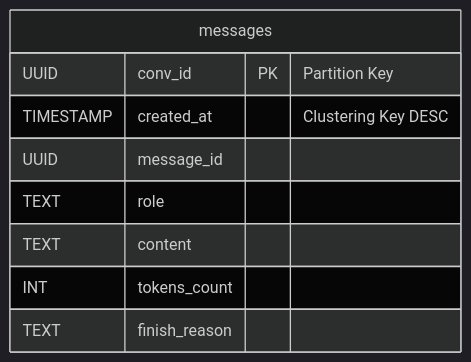
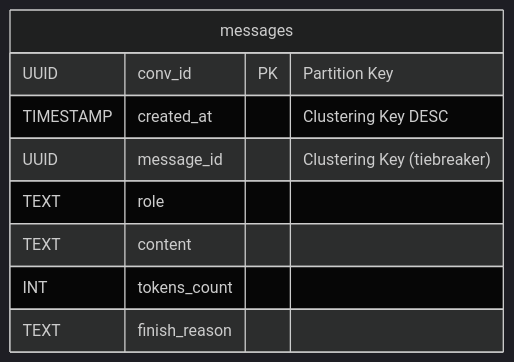
The fifth of 9 diagrams in README.md (yaksase/highload_hse), drawn with Mermaid (dark theme) before and after one commit. The commit also changed other lines of this file, not shown here.

````diff
--- a/README.md
+++ b/README.md
@@ -1138,12 +1178,12 @@
 ```mermaid
 erDiagram
     messages {
         UUID conv_id PK "Partition Key"
         TIMESTAMP created_at "Clustering Key DESC"
-        UUID message_id
+        UUID message_id "Clustering Key (tiebreaker)"
         TEXT role
         TEXT content
         INT tokens_count
         TEXT finish_reason
     }
 ```
````
